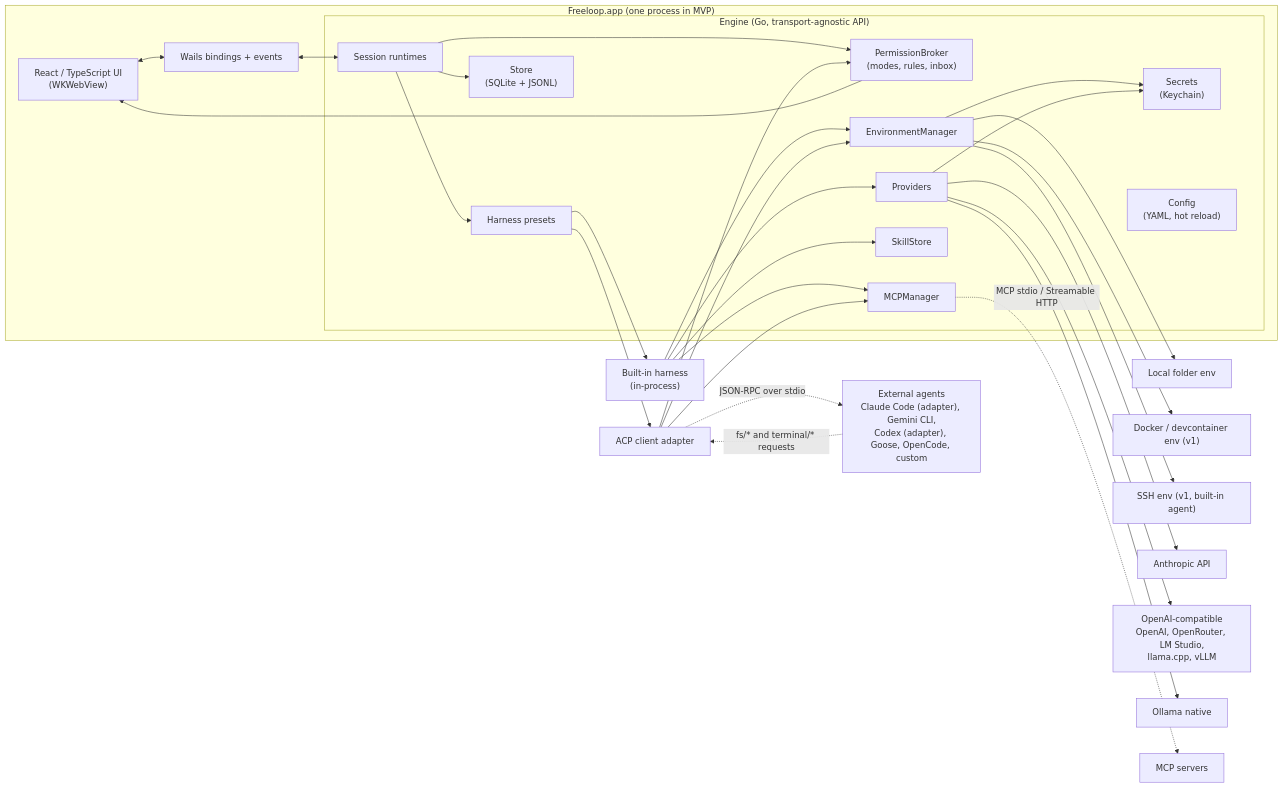
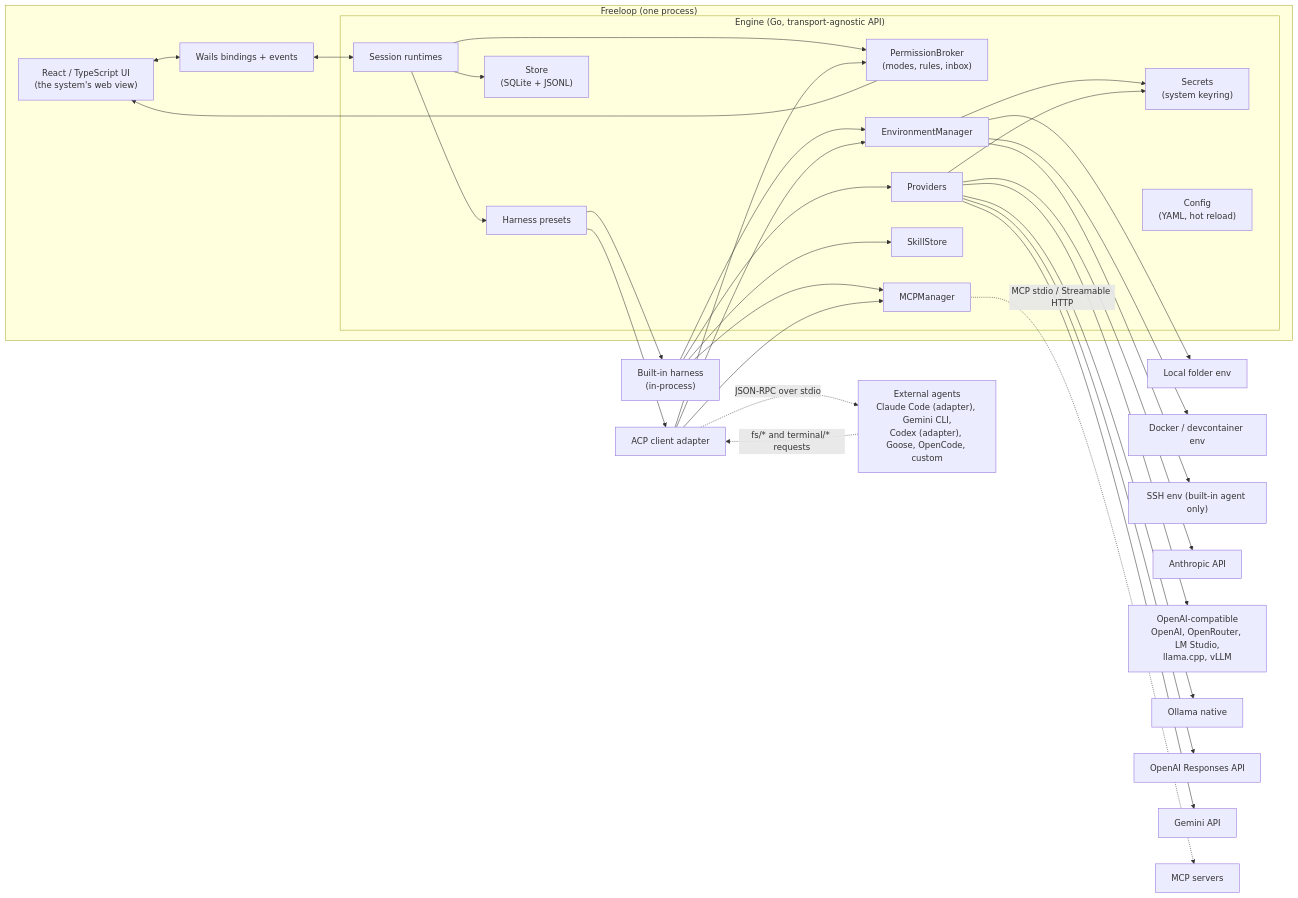
One commit to FinanceNik/FreeLoop changed the diagram in docs/ARCHITECTURE.md. Above: the diagram before and after it, drawn with Mermaid. The commit also changed other lines of this file and 13 other files, not shown here.

````diff
--- a/docs/ARCHITECTURE.md
+++ b/docs/ARCHITECTURE.md
@@ -33,33 +33,33 @@
 ```mermaid
 flowchart LR
-  subgraph App["Freeloop.app (one process in MVP)"]
-    UI["React / TypeScript UI<br/>(WKWebView)"]
+  subgraph App["Freeloop (one process)"]
+    UI["React / TypeScript UI<br/>(the system's web view)"]
     Bridge["Wails bindings + events"]
     subgraph Engine["Engine (Go, transport-agnostic API)"]
       SM["Session runtimes"]
       PB["PermissionBroker<br/>(modes, rules, inbox)"]
       HR["Harness presets"]
       PR["Providers"]
       EM["EnvironmentManager"]
       SK["SkillStore"]
       MM["MCPManager"]
       ST["Store<br/>(SQLite + JSONL)"]
-      SEC["Secrets<br/>(Keychain)"]
+      SEC["Secrets<br/>(system keyring)"]
       CFG["Config<br/>(YAML, hot reload)"]
     end
   end
   UI <--> Bridge <--> SM
   PB --> UI
   SM --> HR & PB & ST
   HR --> BH["Built-in harness<br/>(in-process)"]
   HR --> ACPA["ACP client adapter"]
   BH --> PR & SK & MM & EM
   ACPA -. "JSON-RPC over stdio" .-> EXT["External agents<br/>Claude Code (adapter), Gemini CLI,<br/>Codex (adapter), Goose, OpenCode, custom"]
   EXT -. "fs/* and terminal/* requests" .-> ACPA
   ACPA --> EM & PB & MM
-  EM --> LOCAL["Local folder env"] & DOCKER["Docker / devcontainer env (v1)"] & SSH["SSH env (v1, built-in agent)"]
-  PR --> ANTH["Anthropic API"] & OAIC["OpenAI-compatible<br/>OpenAI, OpenRouter, LM Studio,<br/>llama.cpp, vLLM"] & OLL["Ollama native"]
+  EM --> LOCAL["Local folder env"] & DOCKER["Docker / devcontainer env"] & SSH["SSH env (built-in agent only)"]
+  PR --> ANTH["Anthropic API"] & OAIC["OpenAI-compatible<br/>OpenAI, OpenRouter, LM Studio,<br/>llama.cpp, vLLM"] & OLL["Ollama native"] & OAIR["OpenAI Responses API"] & GEM["Gemini API"]
   MM -. "MCP stdio / Streamable HTTP" .-> MCPS["MCP servers"]
   EM --> SEC
   PR --> SEC
 ```
````
